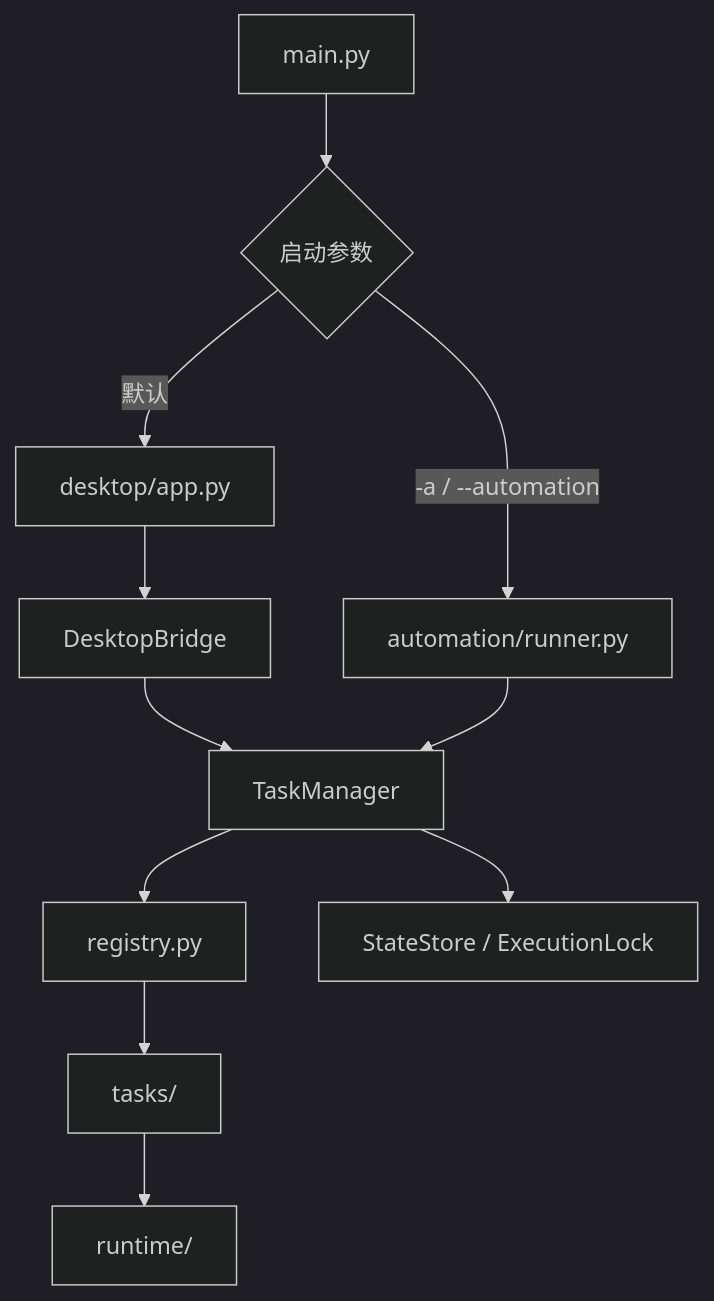
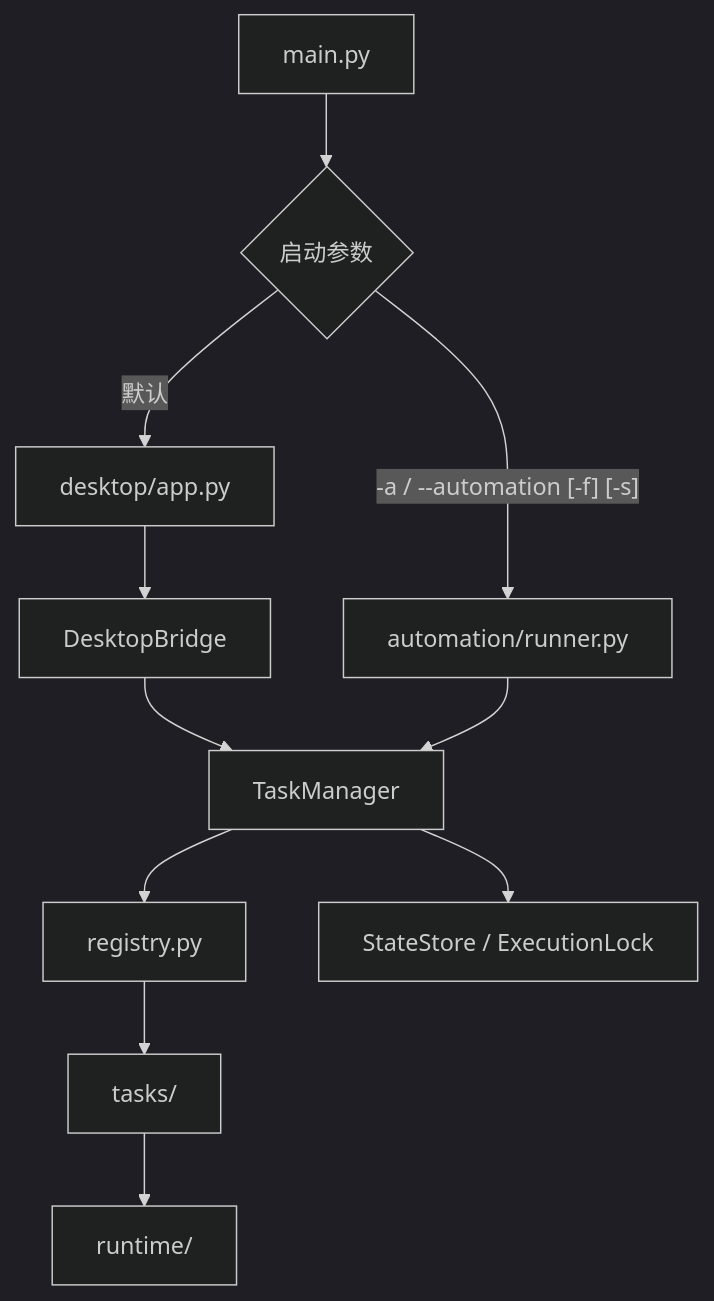
One commit to amingnn/autogame changed the diagram in docs/architecture.md. Above: the diagram before and after it, drawn with Mermaid (dark theme). The commit also changed other lines of this file and 6 other files, not shown here.

````diff
--- a/docs/architecture.md
+++ b/docs/architecture.md
@@ -63,13 +63,13 @@
 ```mermaid
 flowchart TD
     A["main.py"] --> B{"启动参数"}
     B -->|"默认"| C["desktop/app.py"]
-    B -->|"-a / --automation"| D["automation/runner.py"]
+    B -->|"-a / --automation [-f] [-s]"| D["automation/runner.py"]
     C --> E["DesktopBridge"]
     E --> F["TaskManager"]
     D --> F
     F --> G["registry.py"]
     G --> H["tasks/"]
     H --> I["runtime/"]
     F --> J["StateStore / ExecutionLock"]
 ```
````
